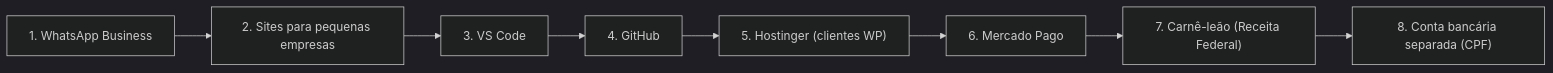
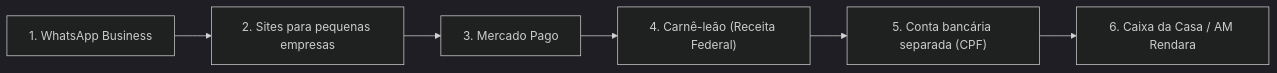
One commit to AlanMateus17/dev-setup changed the seventh of 13 diagrams in docs/fluxos.md. Above: the diagram before and after it, drawn with Mermaid (dark theme). The commit also changed other lines of this file and 38 other files, not shown here.

````diff
--- a/docs/fluxos.md
+++ b/docs/fluxos.md
@@ -198,18 +198,14 @@
 ```mermaid
 flowchart LR
   s0["1. WhatsApp Business"]
   s1["2. Sites para pequenas empresas"]
-  s2["3. VS Code"]
-  s3["4. GitHub"]
-  s4["5. Hostinger (clientes WP)"]
-  s5["6. Mercado Pago"]
-  s6["7. Carnê-leão (Receita Federal)"]
-  s7["8. Conta bancária separada (CPF)"]
+  s2["3. Mercado Pago"]
+  s3["4. Carnê-leão (Receita Federal)"]
+  s4["5. Conta bancária separada (CPF)"]
+  s5["6. Caixa da Casa / AM Rendara"]
   s0 --> s1
   s1 --> s2
   s2 --> s3
   s3 --> s4
   s4 --> s5
-  s5 --> s6
-  s6 --> s7
 ```
````
